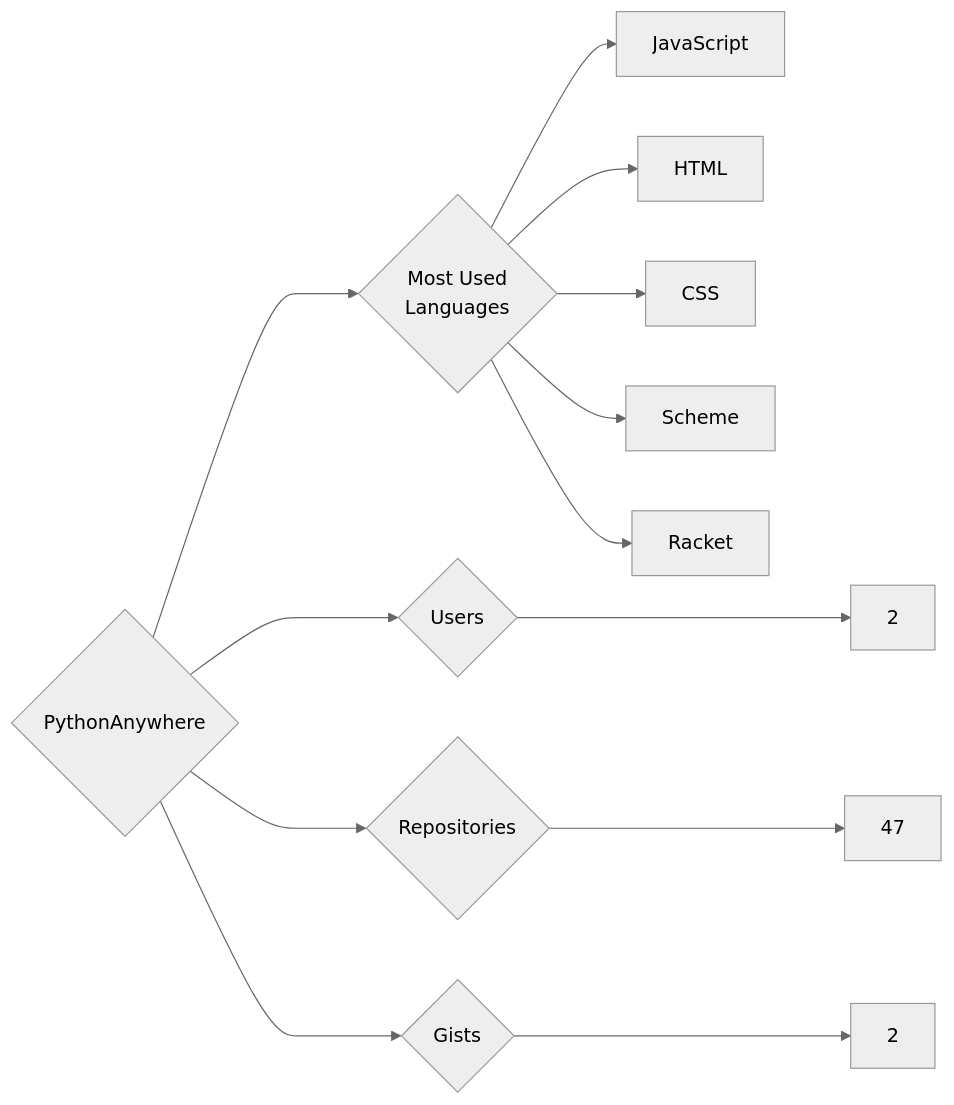
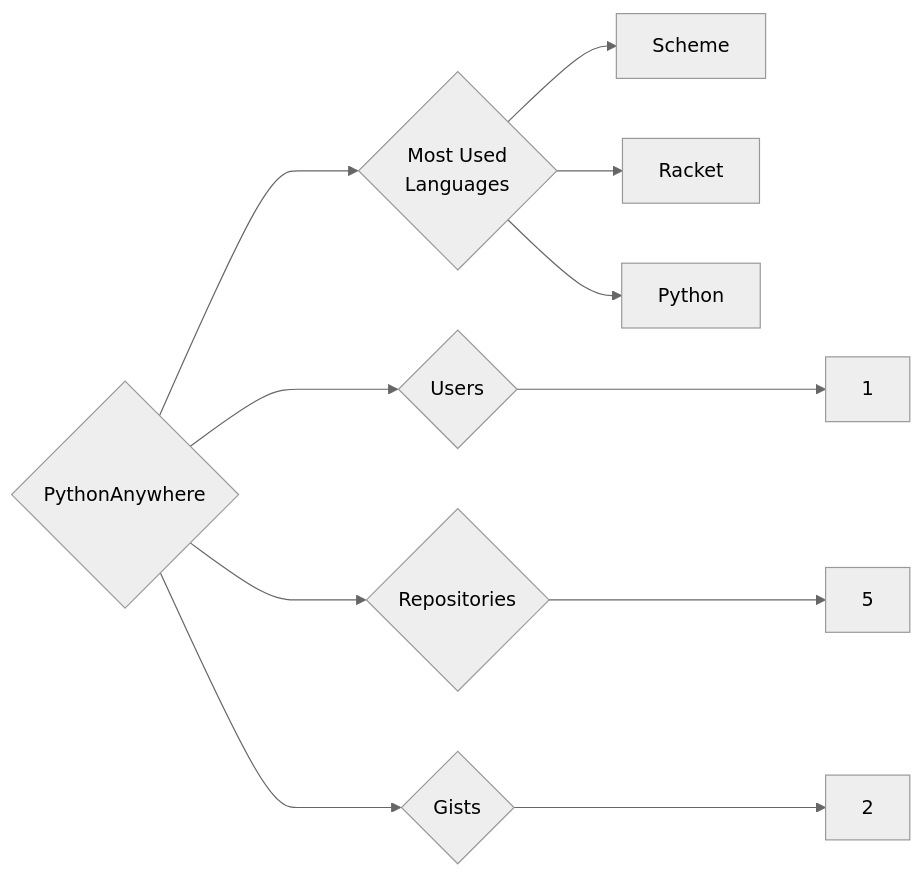
One commit to trickest/insiders changed the diagram in targets/PythonAnywhere/README.md. Above: the diagram before and after it, drawn with Mermaid (neutral theme). The commit also changed 939 other files, not shown here.

````diff
--- a/targets/PythonAnywhere/README.md
+++ b/targets/PythonAnywhere/README.md
@@ -3,13 +3,11 @@
 ```mermaid
 graph LR
 COMPANY_NAME{PythonAnywhere}
-COMPANY_NAME ---> U{Users} ---> UN[2]
-COMPANY_NAME ---> R{Repositories} ---> RN[47]
+COMPANY_NAME ---> U{Users} ---> UN[1]
+COMPANY_NAME ---> R{Repositories} ---> RN[5]
 COMPANY_NAME ---> G{Gists} ---> GN[2]
 COMPANY_NAME ---> ML{Most Used<br>Languages}
-ML --> JavaScript[JavaScript]
-ML --> HTML[HTML]
-ML --> CSS[CSS]
 ML --> Scheme[Scheme]
 ML --> Racket[Racket]
+ML --> Python[Python]
 ```
````
